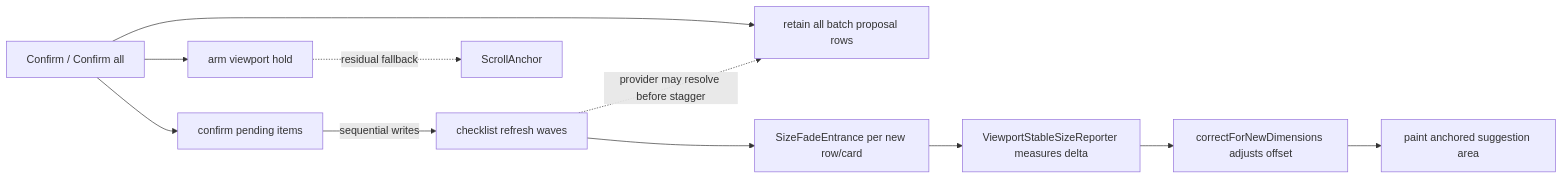
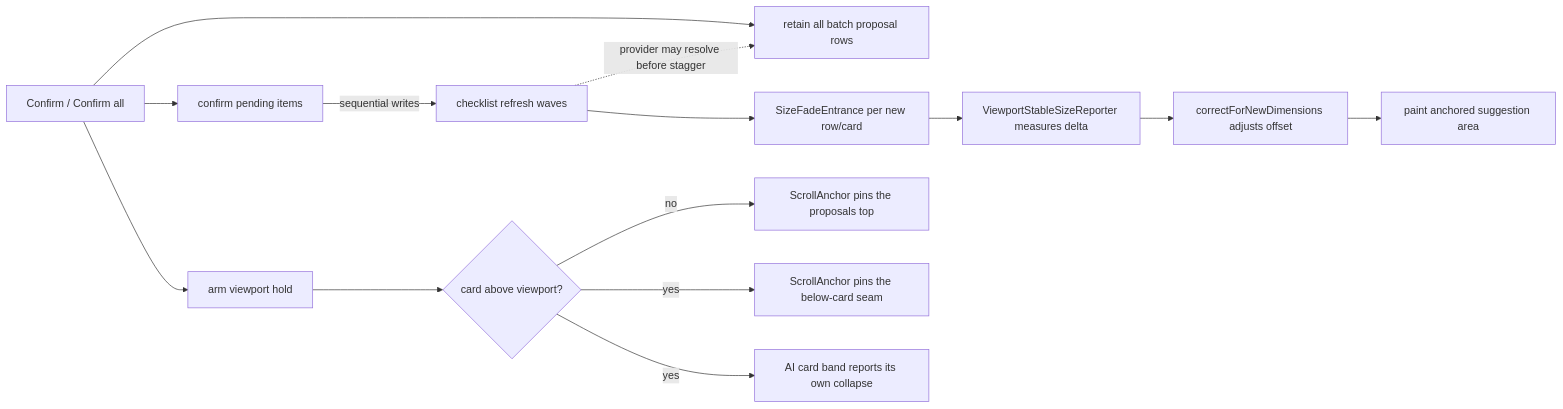
One commit to matthiasn/lotti changed the fifth of 19 diagrams in lib/features/tasks/README.md. Above: the diagram before and after it, drawn with Mermaid. The commit also changed other lines of this file and 12 other files, not shown here.

````diff
--- a/lib/features/tasks/README.md
+++ b/lib/features/tasks/README.md
@@ -271,13 +276,16 @@
   ```mermaid
   flowchart LR
     Tap[Confirm / Confirm all] --> Arm[arm viewport hold]
     Tap --> Retain[retain all batch proposal rows]
     Tap --> Apply[confirm pending items]
     Apply -->|sequential writes| Refresh[checklist refresh waves]
     Refresh -. provider may resolve before stagger .-> Retain
     Refresh --> Enter[SizeFadeEntrance per new row/card]
     Enter --> Report[ViewportStableSizeReporter measures delta]
     Report --> Layout[correctForNewDimensions adjusts offset]
     Layout --> Paint[paint anchored suggestion area]
-    Arm -. residual fallback .-> Anchor[ScrollAnchor]
+    Arm --> Which{card above viewport?}
+    Which -->|no| SA[ScrollAnchor pins the proposals top]
+    Which -->|yes| BA[ScrollAnchor pins the below-card seam]
+    Which -->|yes| CardReport[AI card band reports its own collapse]
   ```
````
